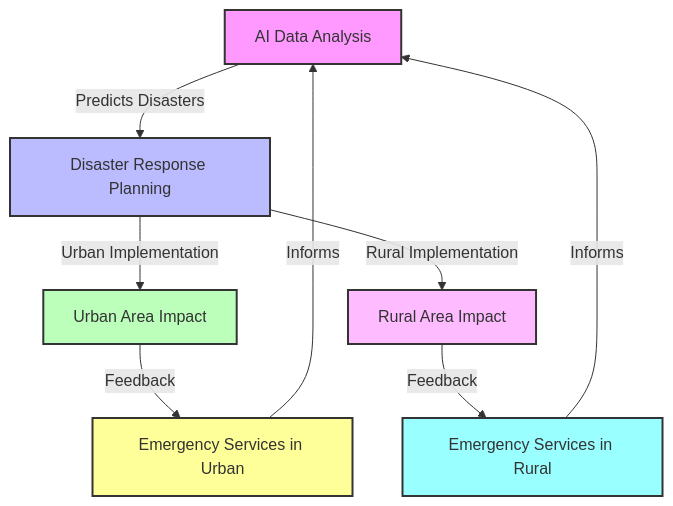
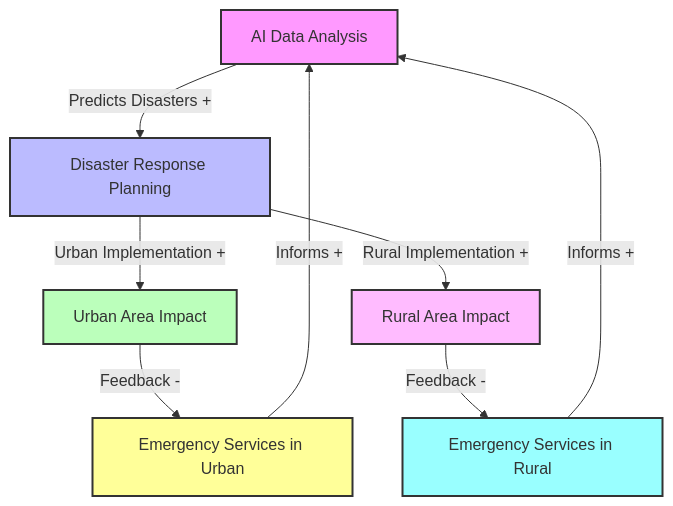
The fourth of 4 diagrams in diagrams.md (runck014/digital_mapping_course), drawn with Mermaid before and after one commit. The commit also changed other lines of this file, not shown here.

````diff
--- a/diagrams.md
+++ b/diagrams.md
@@ -63,18 +66,19 @@
 ```mermaid
 graph TD
-    A[AI Data Analysis] -->|Predicts Disasters| B[Disaster Response Planning]
-    B -->|Urban Implementation| C[Urban Area Impact]
-    B -->|Rural Implementation| D[Rural Area Impact]
-    C -->|Feedback| E[Emergency Services in Urban]
-    D -->|Feedback| F[Emergency Services in Rural]
-    E -->|Informs| A
-    F -->|Informs| A
+    A[AI Data Analysis] -->|Predicts Disasters +| B[Disaster Response Planning]
+    B -->|Urban Implementation +| C[Urban Area Impact]
+    B -->|Rural Implementation +| D[Rural Area Impact]
+    C -->|Feedback -| E[Emergency Services in Urban]
+    D -->|Feedback -| F[Emergency Services in Rural]
+    E -->|Informs +| A
+    F -->|Informs +| A
 
     style A fill:#f9f,stroke:#333,stroke-width:2px
     style B fill:#bbf,stroke:#333,stroke-width:2px
     style C fill:#bfb,stroke:#333,stroke-width:2px
     style D fill:#fbf,stroke:#333,stroke-width:2px
     style E fill:#ff9,stroke:#333,stroke-width:2px
     style F fill:#9ff,stroke:#333,stroke-width:2px
 
+
 ```
````
